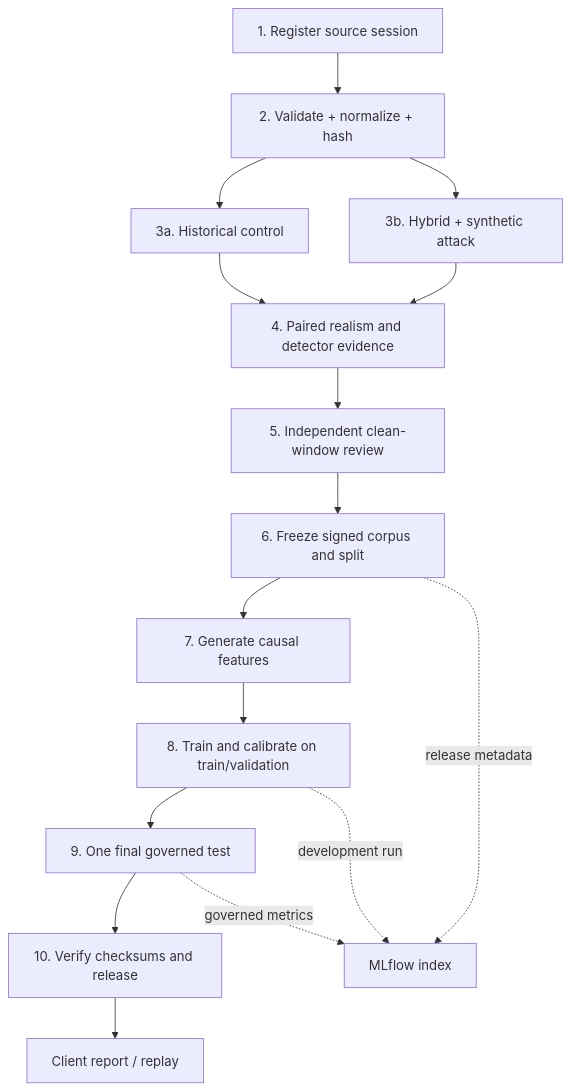
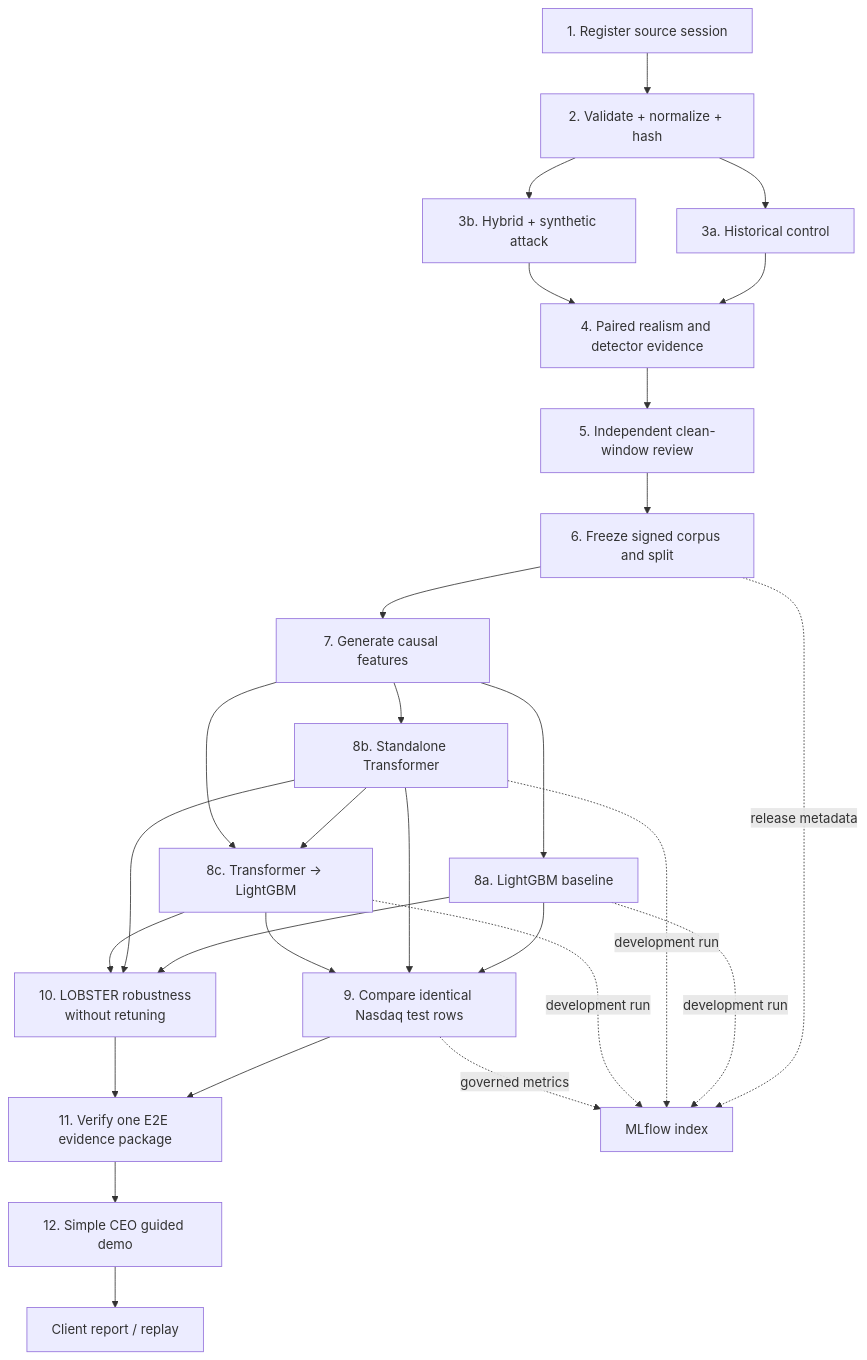
The diagram in docs/FUNCTIONAL_OVERVIEW.md (khab40/lob-arena), drawn with Mermaid before and after one commit. The commit also changed other lines of this file and 5 other files, not shown here.

````diff
--- a/docs/FUNCTIONAL_OVERVIEW.md
+++ b/docs/FUNCTIONAL_OVERVIEW.md
@@ -52,32 +61,48 @@
 ```mermaid
 flowchart TD
     Register["1. Register source session"]
     Validate["2. Validate + normalize + hash"]
     Control["3a. Historical control"]
     Hybrid["3b. Hybrid + synthetic attack"]
     Compare["4. Paired realism and detector evidence"]
     Review["5. Independent clean-window review"]
     Freeze["6. Freeze signed corpus and split"]
     Features["7. Generate causal features"]
-    Train["8. Train and calibrate on train/validation"]
-    Test["9. One final governed test"]
-    Release["10. Verify checksums and release"]
+    LightGBM["8a. LightGBM baseline"]
+    Transformer["8b. Standalone Transformer"]
+    Cascade["8c. Transformer → LightGBM"]
+    Test["9. Compare identical Nasdaq test rows"]
+    Lobster["10. LOBSTER robustness<br/>without retuning"]
+    Release["11. Verify one E2E evidence package"]
+    Demo["12. Simple CEO guided demo"]
     Track["MLflow index"]
     Client["Client report / replay"]
 
     Register --> Validate
     Validate --> Control
     Validate --> Hybrid
     Control --> Compare
     Hybrid --> Compare
     Compare --> Review
     Review --> Freeze
     Freeze --> Features
-    Features --> Train
-    Train --> Test
+    Features --> LightGBM
+    Features --> Transformer
+    Transformer --> Cascade
+    Features --> Cascade
+    LightGBM --> Test
+    Transformer --> Test
+    Cascade --> Test
     Test --> Release
+    LightGBM --> Lobster
+    Transformer --> Lobster
+    Cascade --> Lobster
+    Lobster --> Release
+    Release --> Demo
     Freeze -. "release metadata" .-> Track
-    Train -. "development run" .-> Track
+    LightGBM -. "development run" .-> Track
+    Transformer -. "development run" .-> Track
+    Cascade -. "development run" .-> Track
     Test -. "governed metrics" .-> Track
-    Release --> Client
+    Demo --> Client
 ```
````
